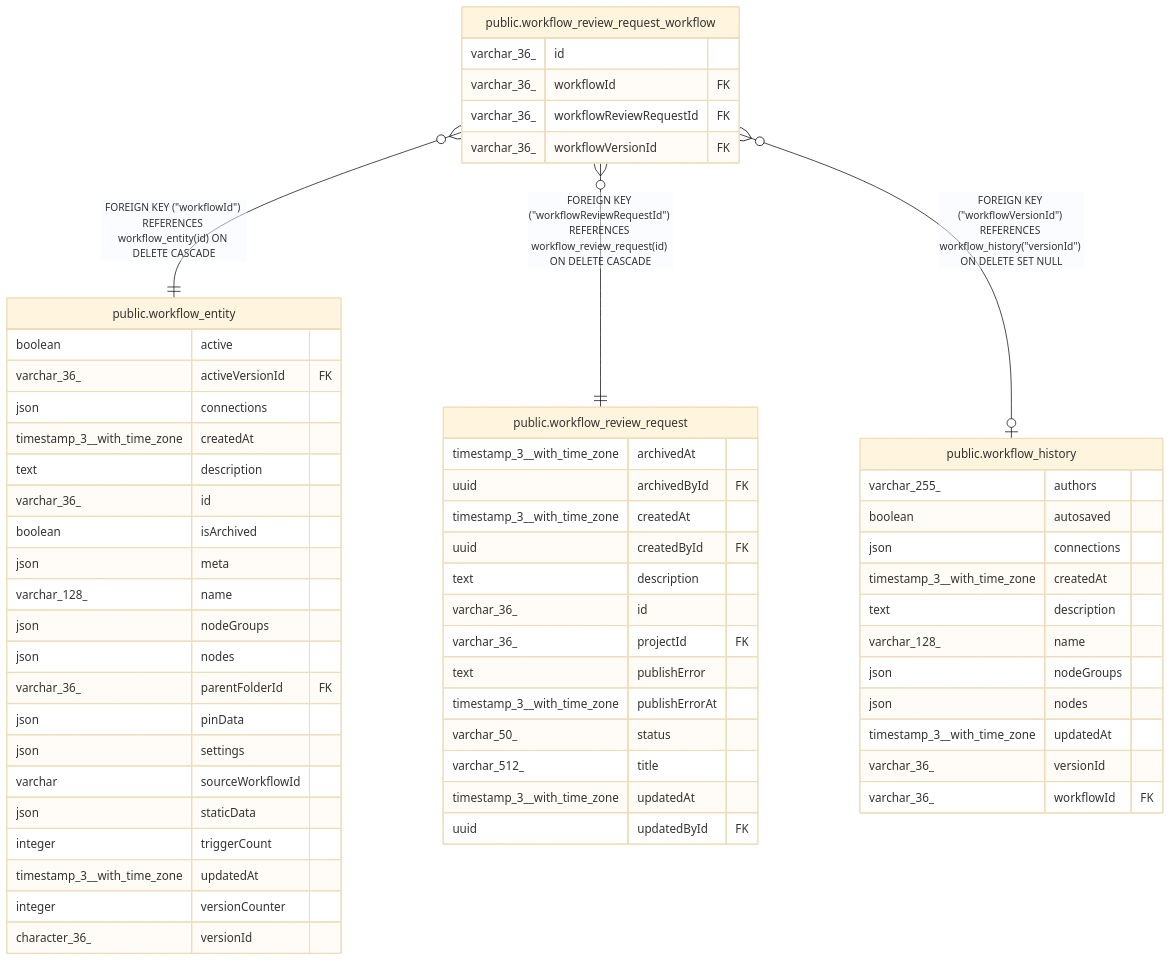
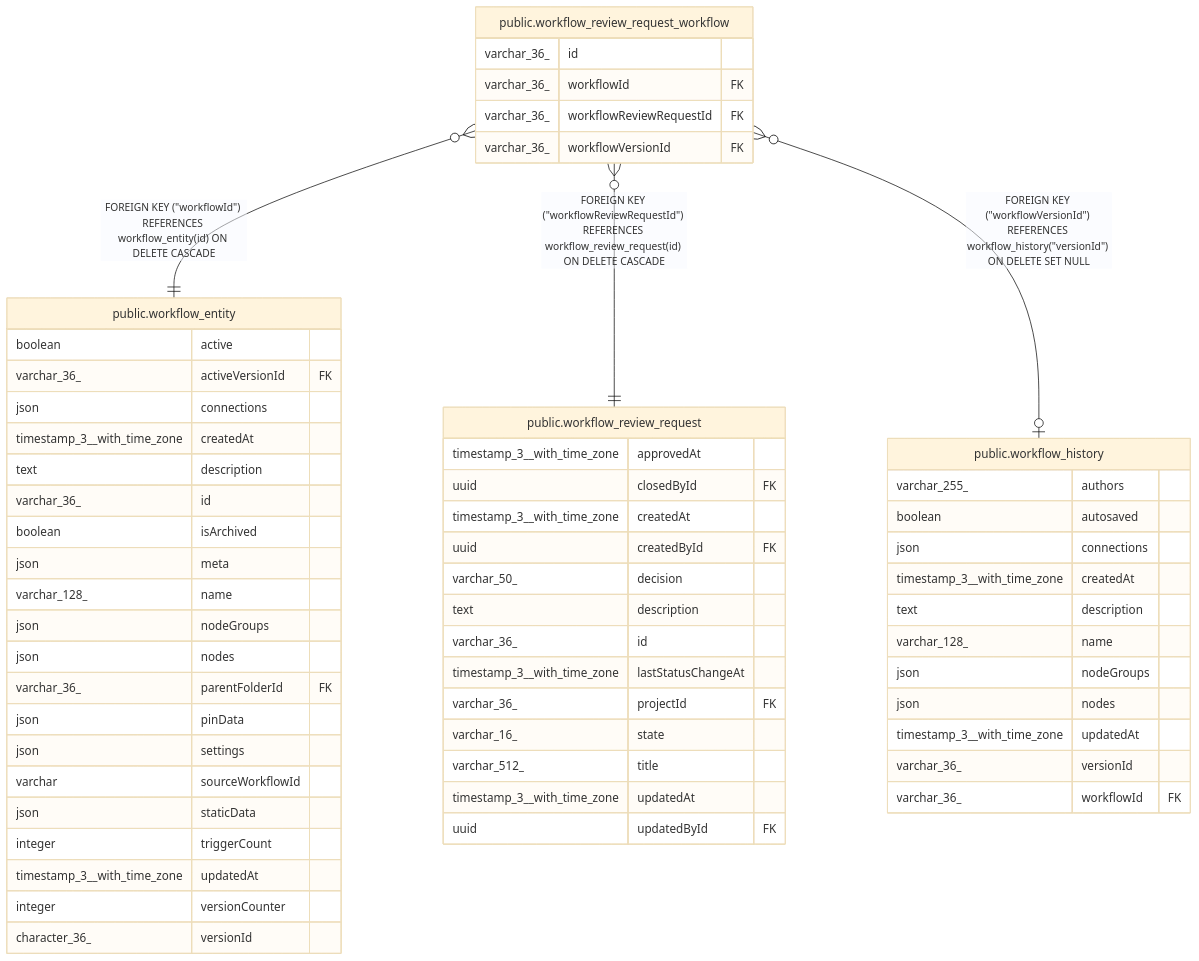
The diagram in docs/generated/postgres-schema/public.workflow_review_request_workflow.md (mayankjain1815-commits/n8n), drawn with Mermaid (base theme) before and after one commit. The commit also changed other lines of this file and 20 other files, not shown here.

First line of the commit message:
feat(core): Refactor workflow review request schema and related entities

````diff
--- a/docs/generated/postgres-schema/public.workflow_review_request_workflow.md
+++ b/docs/generated/postgres-schema/public.workflow_review_request_workflow.md
@@ -35,64 +35,64 @@
 ```mermaid
 erDiagram
 
 "public.workflow_review_request_workflow" }o--|| "public.workflow_entity" : "FOREIGN KEY (#quot;workflowId#quot;) REFERENCES workflow_entity(id) ON DELETE CASCADE"
 "public.workflow_review_request_workflow" }o--|| "public.workflow_review_request" : "FOREIGN KEY (#quot;workflowReviewRequestId#quot;) REFERENCES workflow_review_request(id) ON DELETE CASCADE"
 "public.workflow_review_request_workflow" }o--o| "public.workflow_history" : "FOREIGN KEY (#quot;workflowVersionId#quot;) REFERENCES workflow_history(#quot;versionId#quot;) ON DELETE SET NULL"
 
 "public.workflow_review_request_workflow" {
   varchar_36_ id
   varchar_36_ workflowId FK
   varchar_36_ workflowReviewRequestId FK
   varchar_36_ workflowVersionId FK
 }
 "public.workflow_entity" {
   boolean active
   varchar_36_ activeVersionId FK
   json connections
   timestamp_3__with_time_zone createdAt
   text description
   varchar_36_ id
   boolean isArchived
   json meta
   varchar_128_ name
   json nodeGroups
   json nodes
   varchar_36_ parentFolderId FK
   json pinData
   json settings
   varchar sourceWorkflowId
   json staticData
   integer triggerCount
   timestamp_3__with_time_zone updatedAt
   integer versionCounter
   character_36_ versionId
 }
 "public.workflow_review_request" {
-  timestamp_3__with_time_zone archivedAt
-  uuid archivedById FK
+  timestamp_3__with_time_zone approvedAt
+  uuid closedById FK
   timestamp_3__with_time_zone createdAt
   uuid createdById FK
+  varchar_50_ decision
   text description
   varchar_36_ id
+  timestamp_3__with_time_zone lastStatusChangeAt
   varchar_36_ projectId FK
-  text publishError
-  timestamp_3__with_time_zone publishErrorAt
-  varchar_50_ status
+  varchar_16_ state
   varchar_512_ title
   timestamp_3__with_time_zone updatedAt
   uuid updatedById FK
 }
 "public.workflow_history" {
   varchar_255_ authors
   boolean autosaved
   json connections
   timestamp_3__with_time_zone createdAt
   text description
   varchar_128_ name
   json nodeGroups
   json nodes
   timestamp_3__with_time_zone updatedAt
   varchar_36_ versionId
   varchar_36_ workflowId FK
 }
 ```
````
